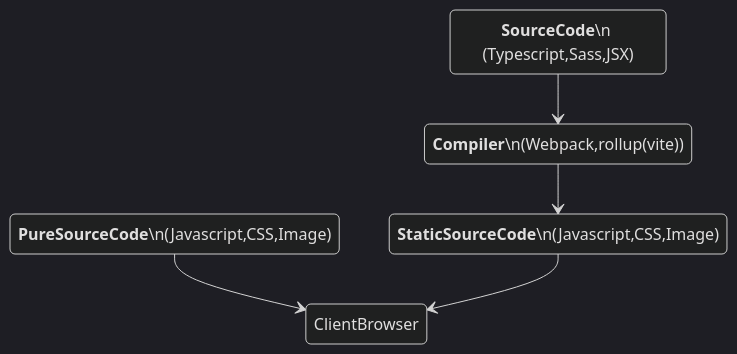
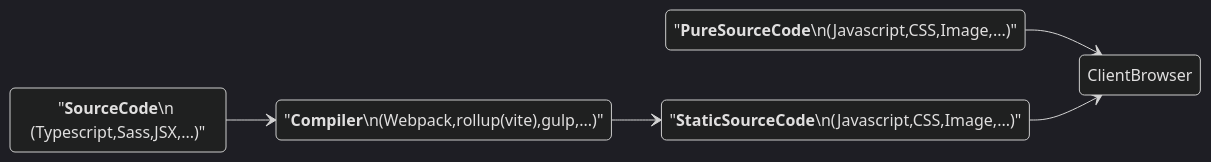
The diagram in 1-typescript/compiler.md (wowissu/1111_vue_lessons), drawn with Mermaid (dark theme) before and after one commit. The commit also changed 60 other files, not shown here.

````diff
--- a/1-typescript/compiler.md
+++ b/1-typescript/compiler.md
@@ -3,13 +3,14 @@
 ```mermaid
 stateDiagram
-    state "<b>PureSourceCode</b>\n(Javascript,CSS,Image)" as Source
-    state "<b>StaticSourceCode</b>\n(Javascript,CSS,Image)" as Static
-    state "<b>Compiler</b>\n(Webpack,rollup(vite))" as Compiler
-    state "<b>SourceCode</b>\n (Typescript,Sass,JSX)" as SourceCode
+    direction LR
+    Source: "<b>PureSourceCode</b>\n(Javascript,CSS,Image,...)"
+    Static: "<b>StaticSourceCode</b>\n(Javascript,CSS,Image,...)"
+    Compiler: "<b>Compiler</b>\n(Webpack,rollup(vite),gulp,...)"
+    SourceCode: "<b>SourceCode</b>\n (Typescript,Sass,JSX,...)"
 
     Source --> ClientBrowser
 
     SourceCode --> Compiler
     Compiler --> Static
     Static --> ClientBrowser
 ```
````
